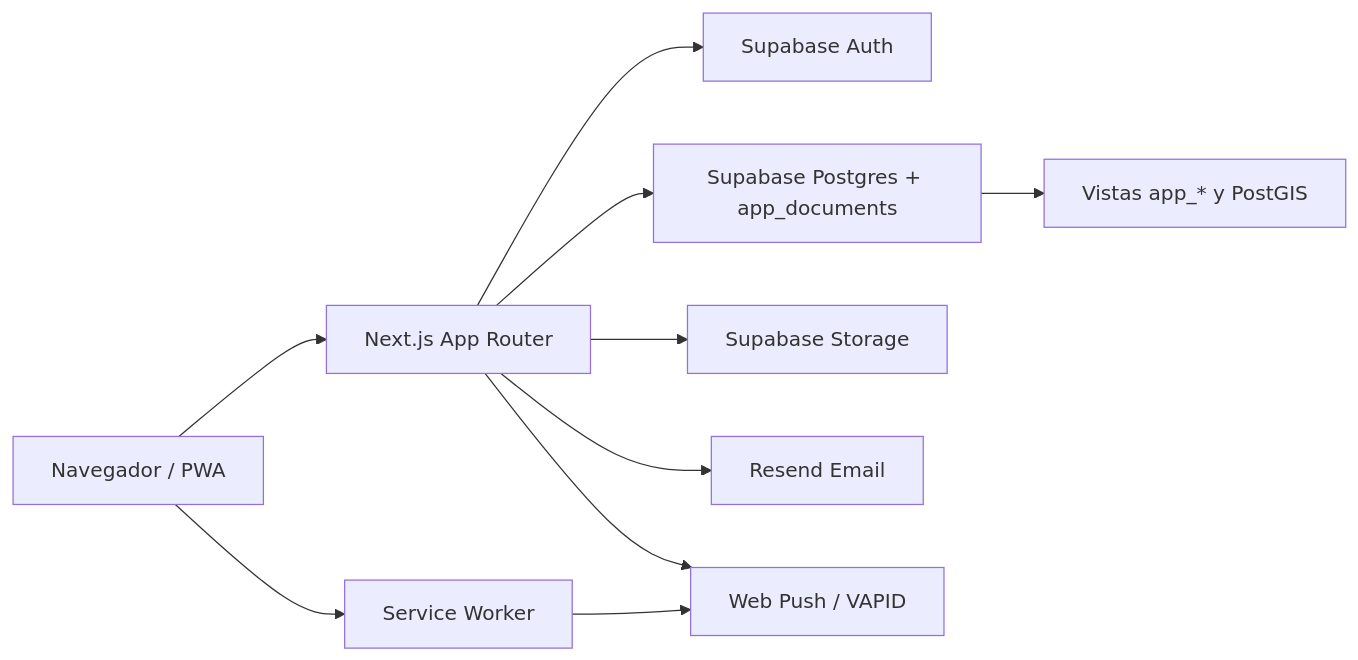
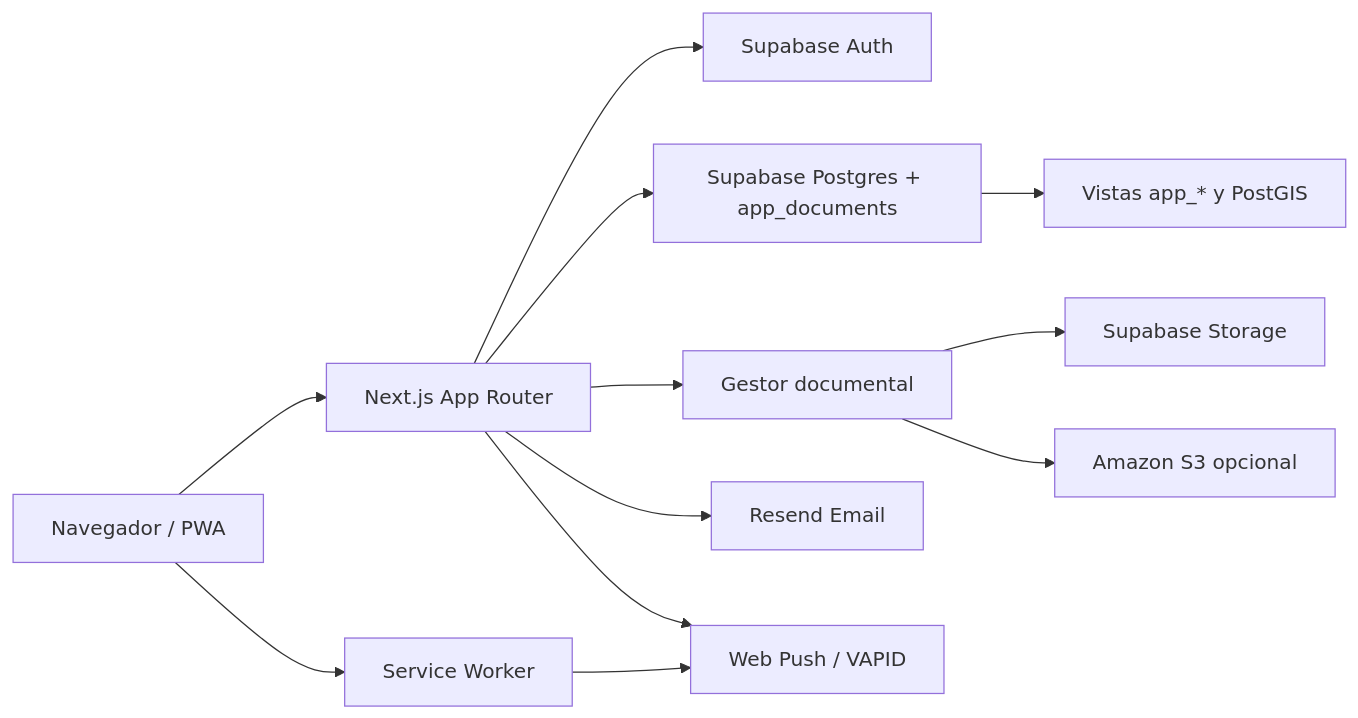
The diagram in README.md (pixeldevx/PixelProyect), drawn with Mermaid before and after one commit. The commit also changed other lines of this file and 12 other files, not shown here.

````diff
--- a/README.md
+++ b/README.md
@@ -45,12 +45,14 @@
 ```mermaid
 flowchart LR
   Browser["Navegador / PWA"] --> Next["Next.js App Router"]
   Next --> Auth["Supabase Auth"]
   Next --> Store["Supabase Postgres + app_documents"]
-  Next --> Storage["Supabase Storage"]
+  Next --> Storage["Gestor documental"]
+  Storage --> SupabaseFiles["Supabase Storage"]
+  Storage --> S3["Amazon S3 opcional"]
   Next --> Email["Resend Email"]
   Next --> Push["Web Push / VAPID"]
   Store --> Views["Vistas app_* y PostGIS"]
   Browser --> SW["Service Worker"]
   SW --> Push
 ```
````
